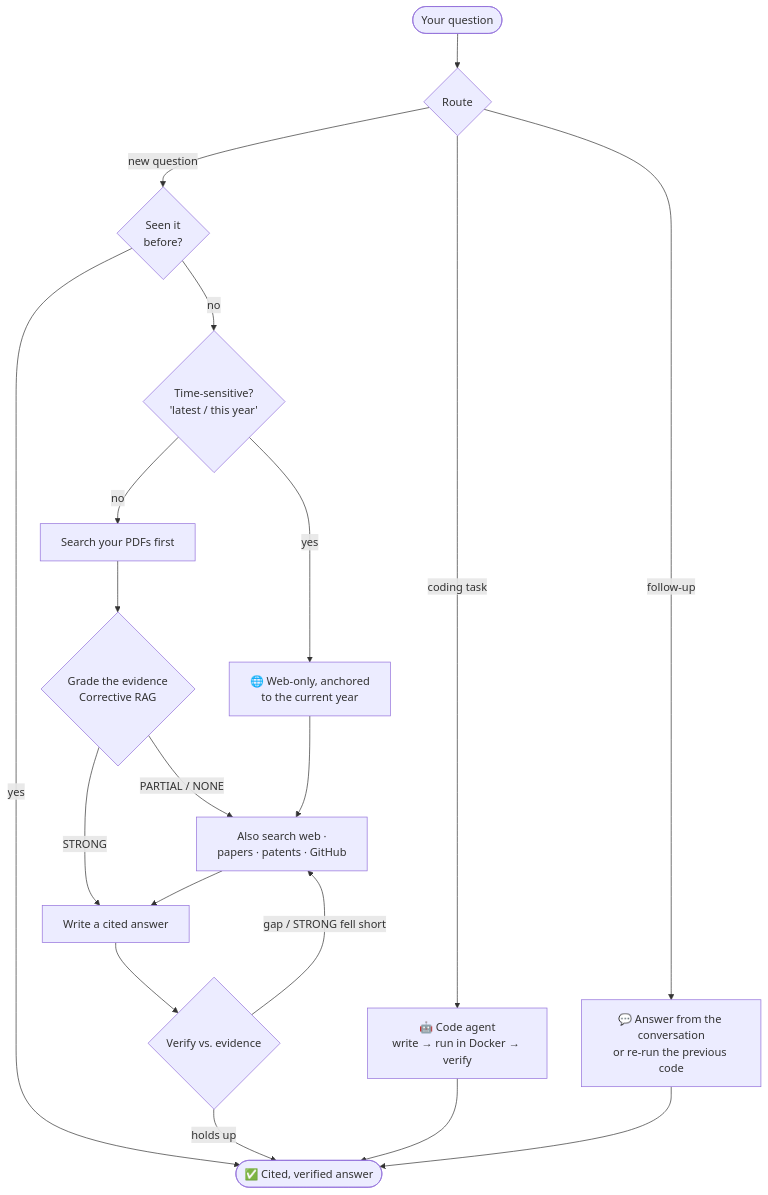
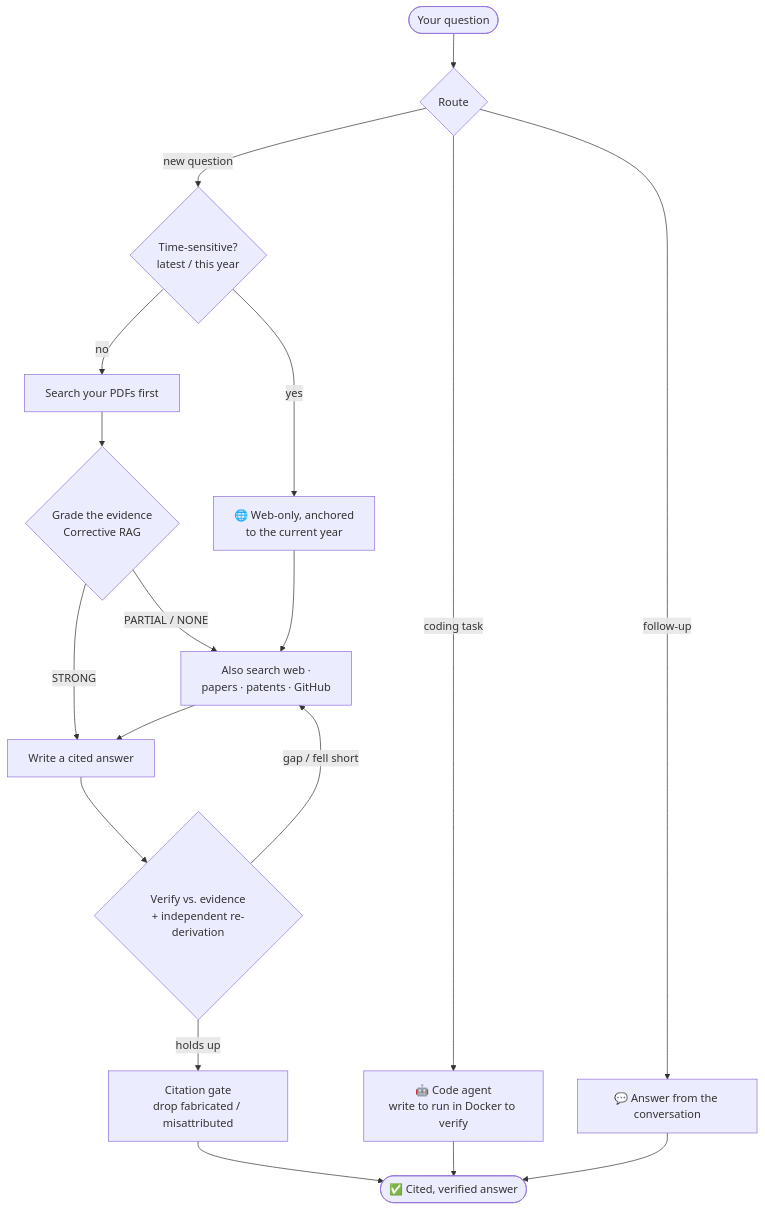
The second of 5 diagrams in README.md (anistondeveloperteam-ANT/Audio-research-assistant), drawn with Mermaid before and after one commit. The commit also changed other lines of this file and 2 other files, not shown here.

First line of the commit message:
docs: fresh diagram-rich README + step-by-step DEPLOY guide + Dockerfile

````diff
--- a/README.md
+++ b/README.md
@@ -116,21 +108,20 @@
 ```mermaid
 flowchart TD
     Q([Your question]) --> R{Route}
-    R -- coding task --> AGT["🤖 Code agent<br/>write → run in Docker → verify"]
-    R -- follow-up --> FUP["💬 Answer from the conversation<br/>or re-run the previous code"]
-    R -- new question --> CA{Seen it<br/>before?}
-    CA -- yes --> A
-    CA -- no --> FR{Time-sensitive?<br/>'latest / this year'}
+    R -- coding task --> AGT["🤖 Code agent<br/>write to run in Docker to verify"]
+    R -- follow-up --> FUP["💬 Answer from the conversation"]
+    R -- new question --> FR{Time-sensitive?<br/>latest / this year}
     FR -- yes --> WEB["🌐 Web-only, anchored<br/>to the current year"]
-    FR -- no --> L[Search your PDFs first]
+    FR -- no --> L["Search your PDFs first"]
     L --> G{Grade the evidence<br/>Corrective RAG}
-    G -- STRONG --> W[Write a cited answer]
+    G -- STRONG --> W["Write a cited answer"]
     G -- PARTIAL / NONE --> S["Also search web ·<br/>papers · patents · GitHub"]
     WEB --> S
     S --> W
-    W --> V{Verify vs. evidence}
-    V -- holds up --> A([✅ Cited, verified answer])
-    V -- gap / STRONG fell short --> S
+    W --> V{Verify vs. evidence<br/>+ independent re-derivation}
+    V -- holds up --> CITE["Citation gate<br/>drop fabricated / misattributed"]
+    V -- gap / fell short --> S
+    CITE --> A([✅ Cited, verified answer])
     AGT --> A
     FUP --> A
 ```
````
